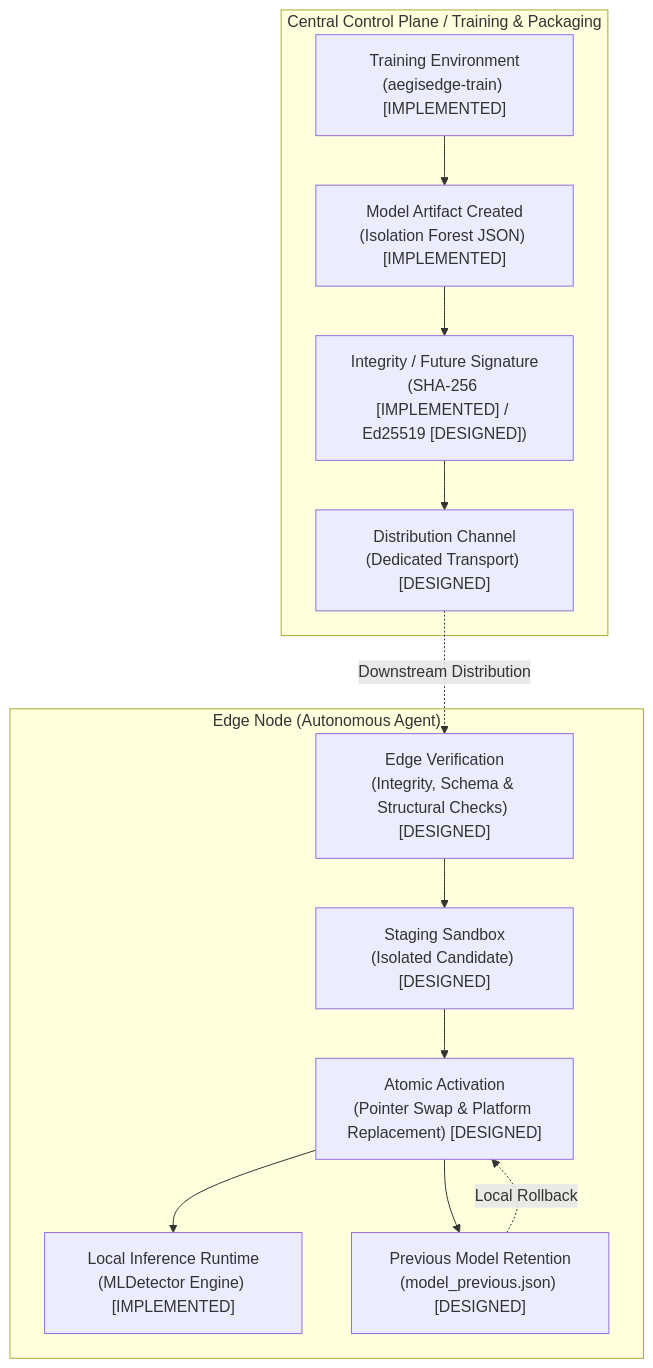
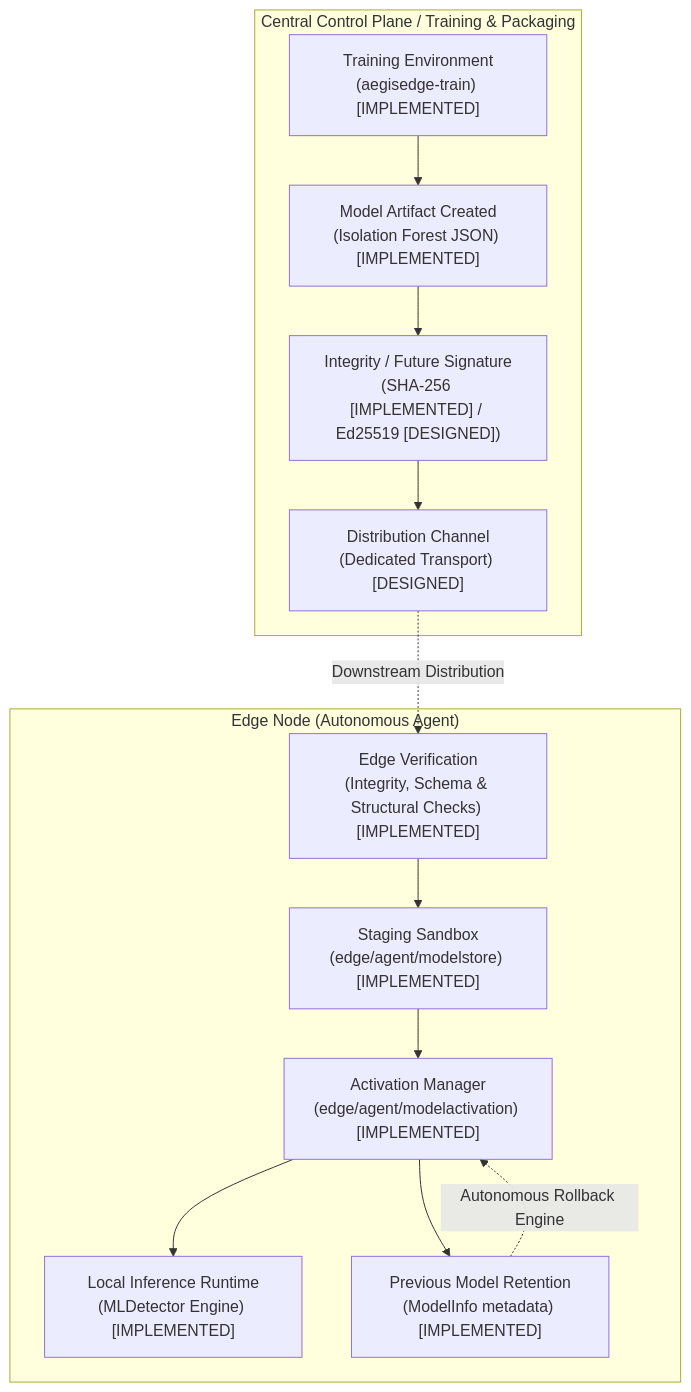
Diagram 13 of 13 in docs/architecture/overview.md (Chamalka-heshi/AegisEdge), drawn with Mermaid before and after one commit. The commit also changed other lines of this file and 2 other files, not shown here.

Commit message:
docs(architecture): update ADR-0009 and overview for model activation

````diff
--- a/docs/architecture/overview.md
+++ b/docs/architecture/overview.md
@@ -497,17 +500,17 @@
 ```mermaid
 flowchart TD
     subgraph ControlPlane ["Central Control Plane / Training & Packaging"]
         TRAIN["Training Environment\n(aegisedge-train) [IMPLEMENTED]"] --> ART["Model Artifact Created\n(Isolation Forest JSON) [IMPLEMENTED]"]
         ART --> INT["Integrity / Future Signature\n(SHA-256 [IMPLEMENTED] / Ed25519 [DESIGNED])"]
         INT --> DIST["Distribution Channel\n(Dedicated Transport) [DESIGNED]"]
     end
 
     subgraph EdgeNode ["Edge Node (Autonomous Agent)"]
-        DIST -. "Downstream Distribution" .-> VER["Edge Verification\n(Integrity, Schema & Structural Checks) [DESIGNED]"]
-        VER --> STAGE["Staging Sandbox\n(Isolated Candidate) [DESIGNED]"]
-        STAGE --> ACT["Atomic Activation\n(Pointer Swap & Platform Replacement) [DESIGNED]"]
+        DIST -. "Downstream Distribution" .-> VER["Edge Verification\n(Integrity, Schema & Structural Checks) [IMPLEMENTED]"]
+        VER --> STAGE["Staging Sandbox\n(edge/agent/modelstore) [IMPLEMENTED]"]
+        STAGE --> ACT["Activation Manager\n(edge/agent/modelactivation) [IMPLEMENTED]"]
         ACT --> INF["Local Inference Runtime\n(MLDetector Engine) [IMPLEMENTED]"]
-        ACT --> PREV["Previous Model Retention\n(model_previous.json) [DESIGNED]"]
-        PREV -. "Local Rollback" .-> ACT
+        ACT --> PREV["Previous Model Retention\n(ModelInfo metadata) [IMPLEMENTED]"]
+        PREV -. "Autonomous Rollback Engine" .-> ACT
     end
 ```
````
